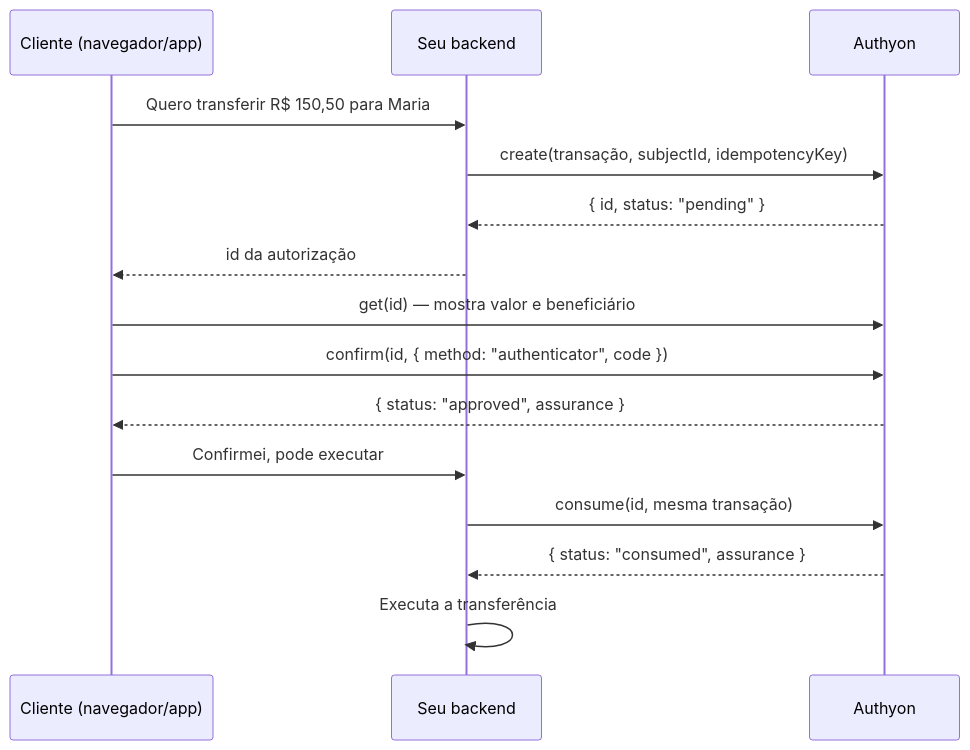
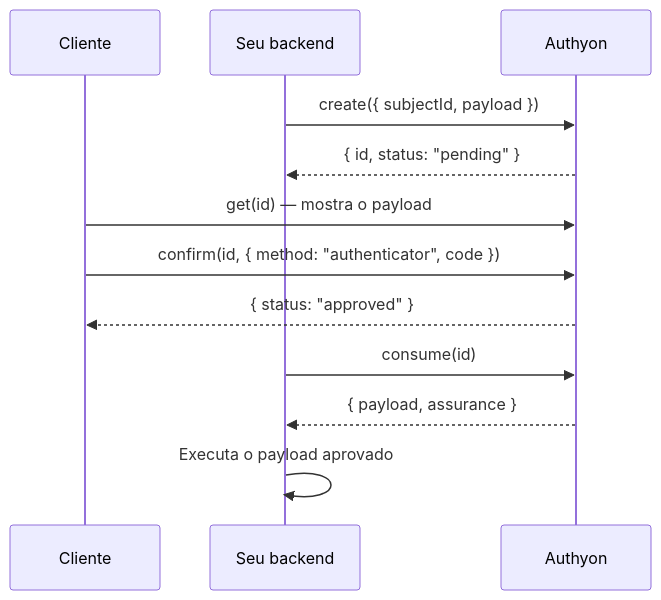
The diagram in docs/financialStepUp.md (Synkestra/package-authyon), drawn with Mermaid before and after one commit. The commit also changed other lines of this file and 14 other files, not shown here.

````diff
--- a/docs/financialStepUp.md
+++ b/docs/financialStepUp.md
@@ -13,18 +109,15 @@
 ```mermaid
 sequenceDiagram
-    participant C as Cliente (navegador/app)
+    participant C as Cliente
     participant B as Seu backend
     participant A as Authyon
 
-    C->>B: Quero transferir R$ 150,50 para Maria
-    B->>A: create(transação, subjectId, idempotencyKey)
+    B->>A: create({ subjectId, payload })
     A-->>B: { id, status: "pending" }
-    B-->>C: id da autorização
-    C->>A: get(id) — mostra valor e beneficiário
+    C->>A: get(id) — mostra o payload
     C->>A: confirm(id, { method: "authenticator", code })
-    A-->>C: { status: "approved", assurance }
-    C->>B: Confirmei, pode executar
-    B->>A: consume(id, mesma transação)
-    A-->>B: { status: "consumed", assurance }
-    B->>B: Executa a transferência
+    A-->>C: { status: "approved" }
+    B->>A: consume(id)
+    A-->>B: { payload, assurance }
+    B->>B: Executa o payload aprovado
 ```
````
